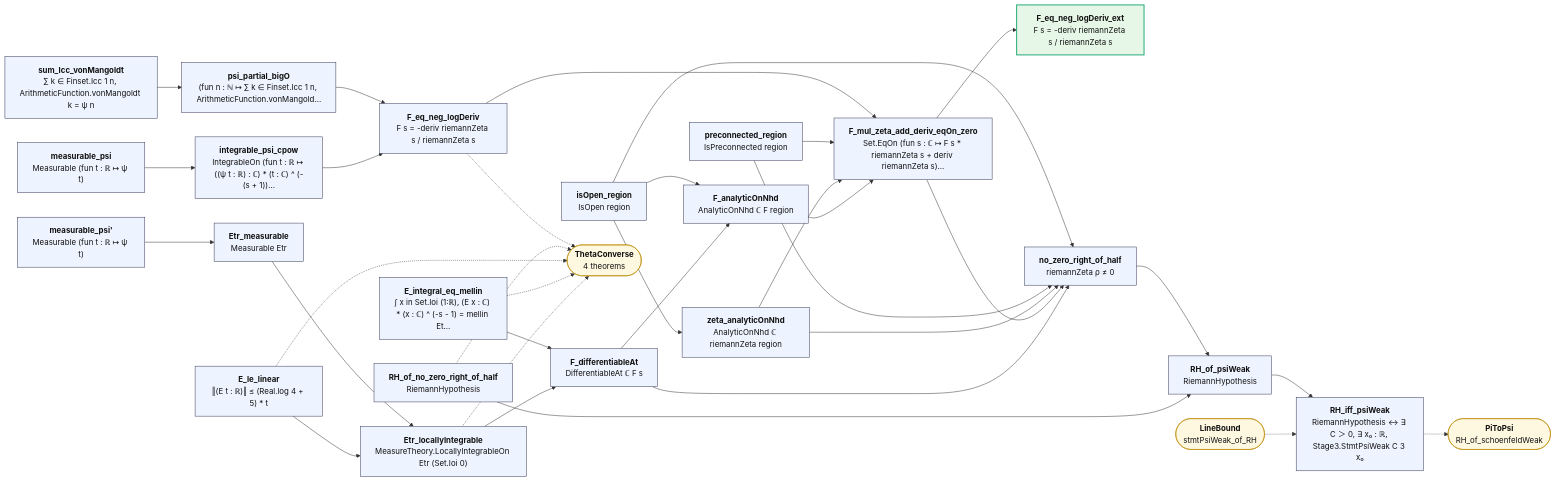
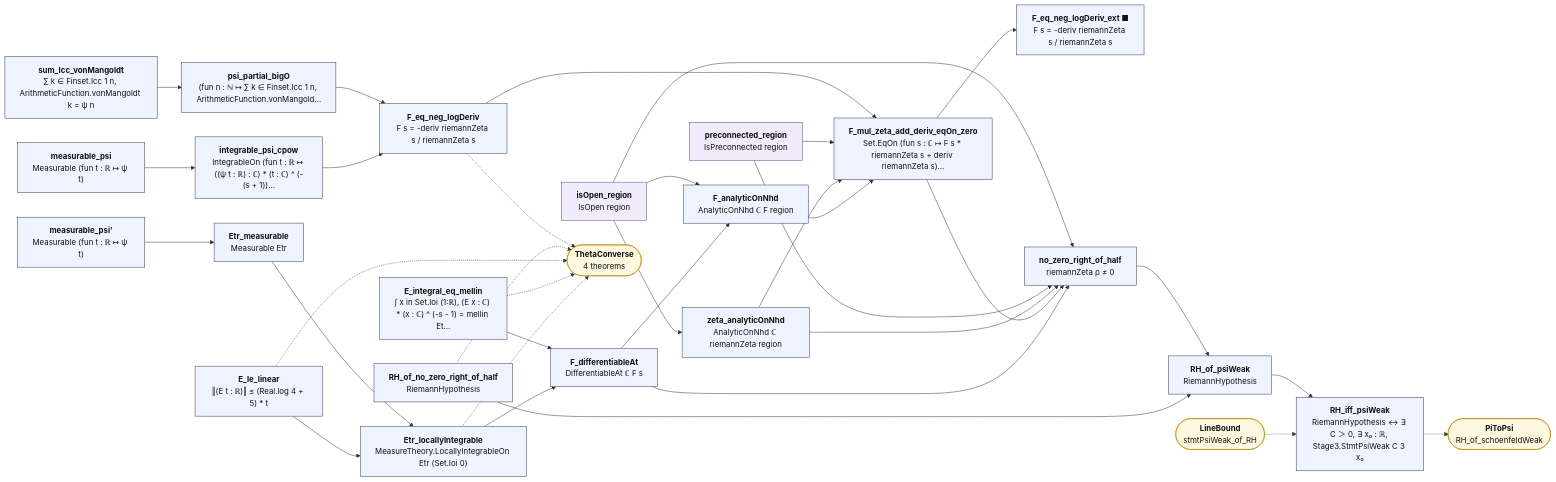
Before and after one commit to juliansambranojr/Primebeat_081426: the diagram in map/lean_stage3/VonKochScaffold.md, drawn with Mermaid. The commit also changed other lines of this file and 398 other files, not shown here.

First line of the commit message:
map: the table first. Three layers from Lean's record of each proof and everything beneath it: counting (integers only), shape (analysis, no zeta), reads zeta; map/TABLE.md lists every counting theorem; the Riemann hypothesis is drawn as one reading at the edge

````diff
--- a/map/lean_stage3/VonKochScaffold.md
+++ b/map/lean_stage3/VonKochScaffold.md
@@ -12,64 +12,67 @@
 ```mermaid
 flowchart LR
   n0["<b>measurable_psi'</b><br/>Measurable (fun t : ℝ ↦ ψ t)"]:::thm
   n1["<b>Etr_measurable</b><br/>Measurable Etr"]:::thm
   n2["<b>E_le_linear</b><br/>‖(E t : ℝ)‖ ≤ (Real.log 4 + 5) * t"]:::thm
   n3["<b>E_integral_eq_mellin</b><br/>∫ x in Set.Ioi (1:ℝ), (E x : ℂ) * (x : ℂ) ^ (-s - 1) = mellin Et…"]:::thm
   n4["<b>Etr_locallyIntegrable</b><br/>MeasureTheory.LocallyIntegrableOn Etr (Set.Ioi 0)"]:::thm
   n5["<b>F_differentiableAt</b><br/>DifferentiableAt ℂ F s"]:::thm
   n6["<b>sum_Icc_vonMangoldt</b><br/>∑ k ∈ Finset.Icc 1 n, ArithmeticFunction.vonMangoldt k = ψ n"]:::thm
   n7["<b>psi_partial_bigO</b><br/>(fun n : ℕ ↦ ∑ k ∈ Finset.Icc 1 n, ArithmeticFunction.vonMangold…"]:::thm
   n8["<b>measurable_psi</b><br/>Measurable (fun t : ℝ ↦ ψ t)"]:::thm
   n9["<b>integrable_psi_cpow</b><br/>IntegrableOn (fun t : ℝ ↦ ((ψ t : ℝ) : ℂ) * (t : ℂ) ^ (-(s + 1))…"]:::thm
   n10["<b>F_eq_neg_logDeriv</b><br/>F s = -deriv riemannZeta s / riemannZeta s"]:::thm
-  n11["<b>isOpen_region</b><br/>IsOpen region"]:::thm
-  n12["<b>preconnected_region</b><br/>IsPreconnected region"]:::thm
+  n11["<b>isOpen_region</b><br/>IsOpen region"]:::shp
+  n12["<b>preconnected_region</b><br/>IsPreconnected region"]:::shp
   n13["<b>zeta_analyticOnNhd</b><br/>AnalyticOnNhd ℂ riemannZeta region"]:::thm
   n14["<b>F_analyticOnNhd</b><br/>AnalyticOnNhd ℂ F region"]:::thm
   n15["<b>F_mul_zeta_add_deriv_eqOn_zero</b><br/>Set.EqOn (fun s : ℂ ↦ F s * riemannZeta s + deriv riemannZeta s)…"]:::thm
-  n16["<b>F_eq_neg_logDeriv_ext</b><br/>F s = -deriv riemannZeta s / riemannZeta s"]:::end_
+  n16["<b>F_eq_neg_logDeriv_ext ■</b><br/>F s = -deriv riemannZeta s / riemannZeta s"]:::thm
   n17["<b>no_zero_right_of_half</b><br/>riemannZeta ρ ≠ 0"]:::thm
   n18["<b>RH_of_no_zero_right_of_half</b><br/>RiemannHypothesis"]:::thm
   n19["<b>RH_of_psiWeak</b><br/>RiemannHypothesis"]:::thm
   n20["<b>RH_iff_psiWeak</b><br/>RiemannHypothesis ↔ ∃ C ＞ 0, ∃ x₀ : ℝ, Stage3.StmtPsiWeak C 3 x₀"]:::thm
   x0(["<b>ThetaConverse</b><br/>4 theorems"]):::ext
   x1(["<b>LineBound</b><br/>stmtPsiWeak_of_RH"]):::ext
   x2(["<b>PiToPsi</b><br/>RH_of_schoenfeldWeak"]):::ext
   n0 --> n1
   n1 --> n4
   n10 --> n15
   n11 --> n13
   n11 --> n14
   n11 --> n17
   n12 --> n15
   n12 --> n17
   n13 --> n15
   n13 --> n17
   n14 --> n15
   n15 --> n16
   n15 --> n17
   n17 --> n19
   n18 --> n19
   n19 --> n20
   n2 --> n4
   n3 --> n5
   n4 --> n5
   n5 --> n14
   n5 --> n17
   n6 --> n7
   n7 --> n10
   n8 --> n9
   n9 --> n10
   n10 -.-> x0
   n18 -.-> x0
   n2 -.-> x0
   n20 -.-> x2
   n3 -.-> x0
   n4 -.-> x0
   x1 -.-> n20
+  classDef cnt fill:#dff5ec,stroke:#17694a,color:#111
+  classDef shp fill:#f1ecfb,stroke:#5b3fa0,color:#111
+  classDef rh fill:#ffe5e5,stroke:#c22,color:#111,stroke-width:2px
   classDef thm fill:#eef4ff,stroke:#335,color:#111
   classDef end_ fill:#e7f7e7,stroke:#2a7,color:#111,stroke-width:2px
   classDef lone fill:#fff,stroke:#999,color:#111,stroke-dasharray:4 3
   classDef bad fill:#ffe5e5,stroke:#c22,color:#111,stroke-width:2px
   classDef ext fill:#fff8e1,stroke:#b80,color:#111
 ```
````
